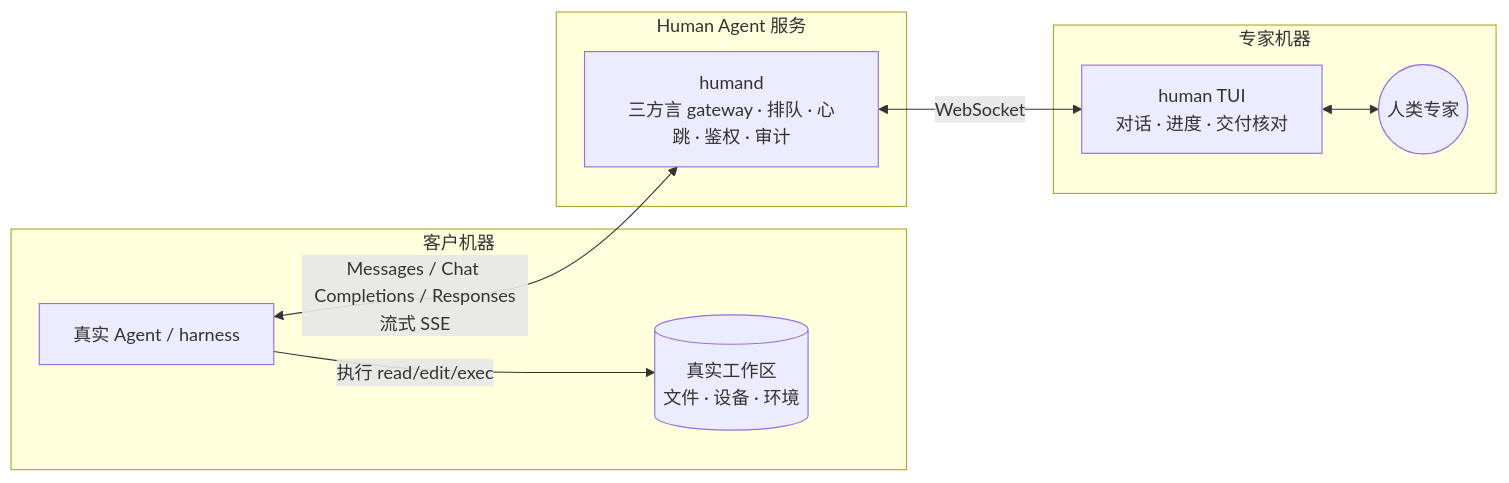
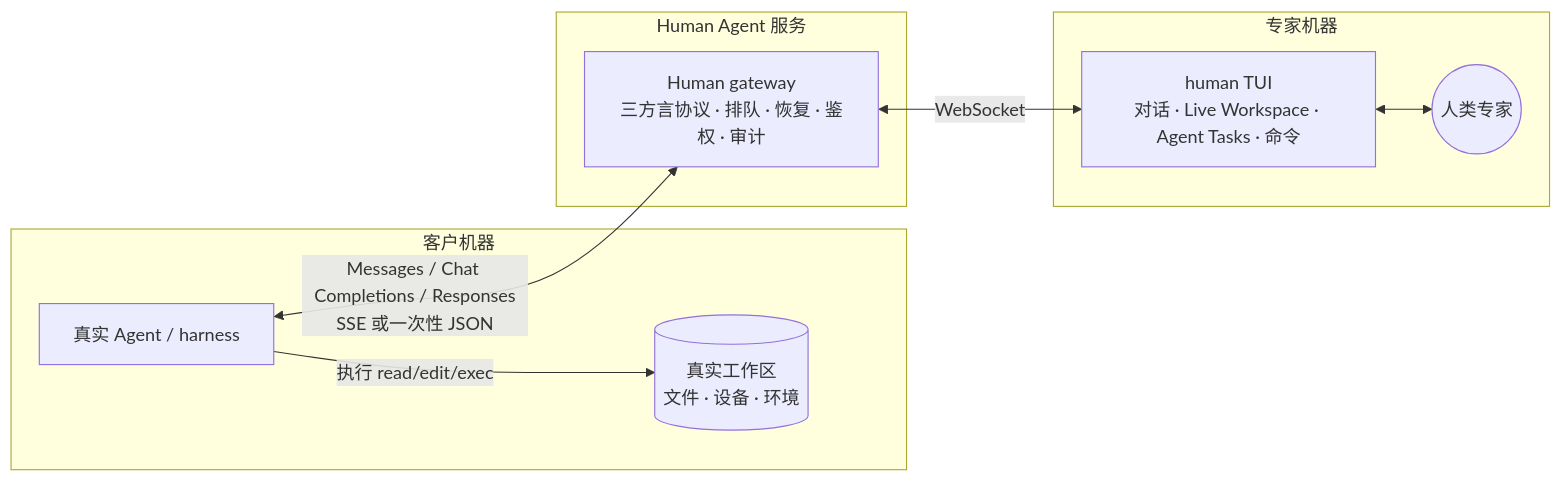
One commit to vibe-agi/human changed the diagram in README.md. Above: the diagram before and after it, drawn with Mermaid. The commit also changed other lines of this file and 141 other files, not shown here.

First line of the commit message:
完成 Human Agent clean-break 产品核心

````diff
--- a/README.md
+++ b/README.md
@@ -11,18 +23,18 @@
 ```mermaid
 flowchart LR
     subgraph caller["客户机器"]
         A["真实 Agent / harness"]
         FS[("真实工作区<br/>文件 · 设备 · 环境")]
         A -->|"执行 read/edit/exec"| FS
     end
     subgraph server["Human Agent 服务"]
-        G["humand<br/>三方言 gateway · 排队 · 心跳 · 鉴权 · 审计"]
+        G["Human gateway<br/>三方言协议 · 排队 · 恢复 · 鉴权 · 审计"]
     end
     subgraph worker["专家机器"]
-        T["human TUI<br/>对话 · 进度 · 交付核对"]
+        T["human TUI<br/>对话 · Live Workspace · Agent Tasks · 命令"]
         P(("人类专家"))
         T <--> P
     end
-    A <-->|"Messages / Chat Completions / Responses<br/>流式 SSE"| G
+    A <-->|"Messages / Chat Completions / Responses<br/>SSE 或一次性 JSON"| G
     G <-->|"WebSocket"| T
 ```
````
